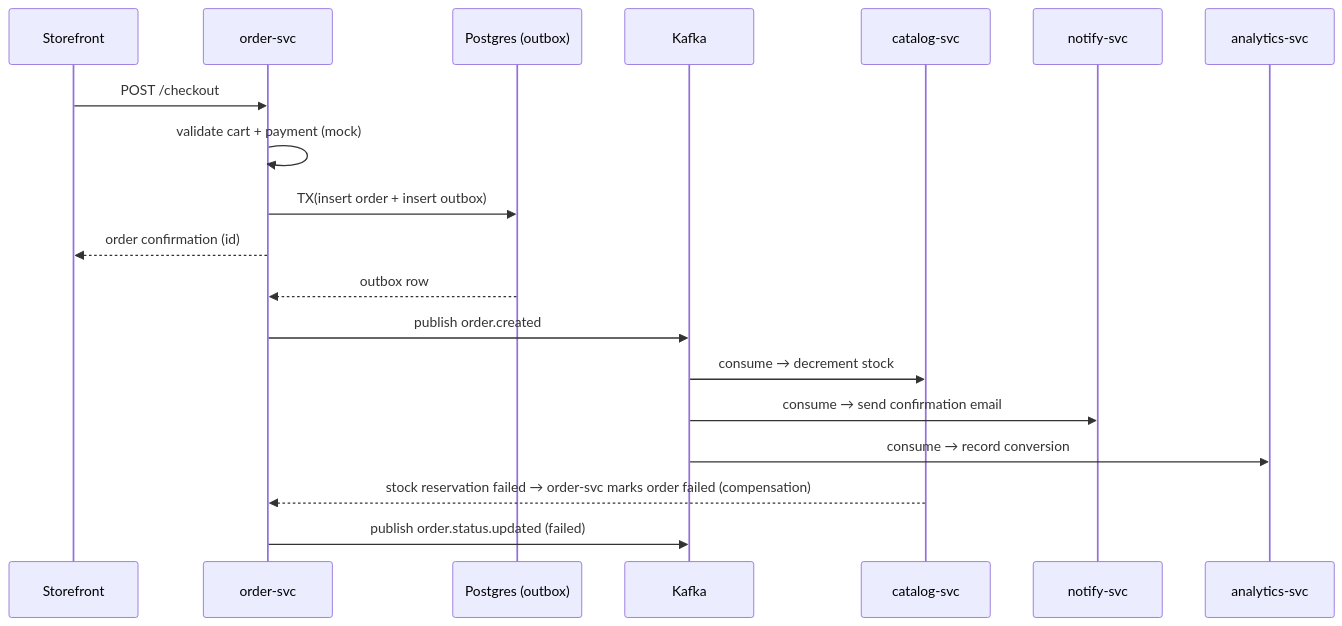
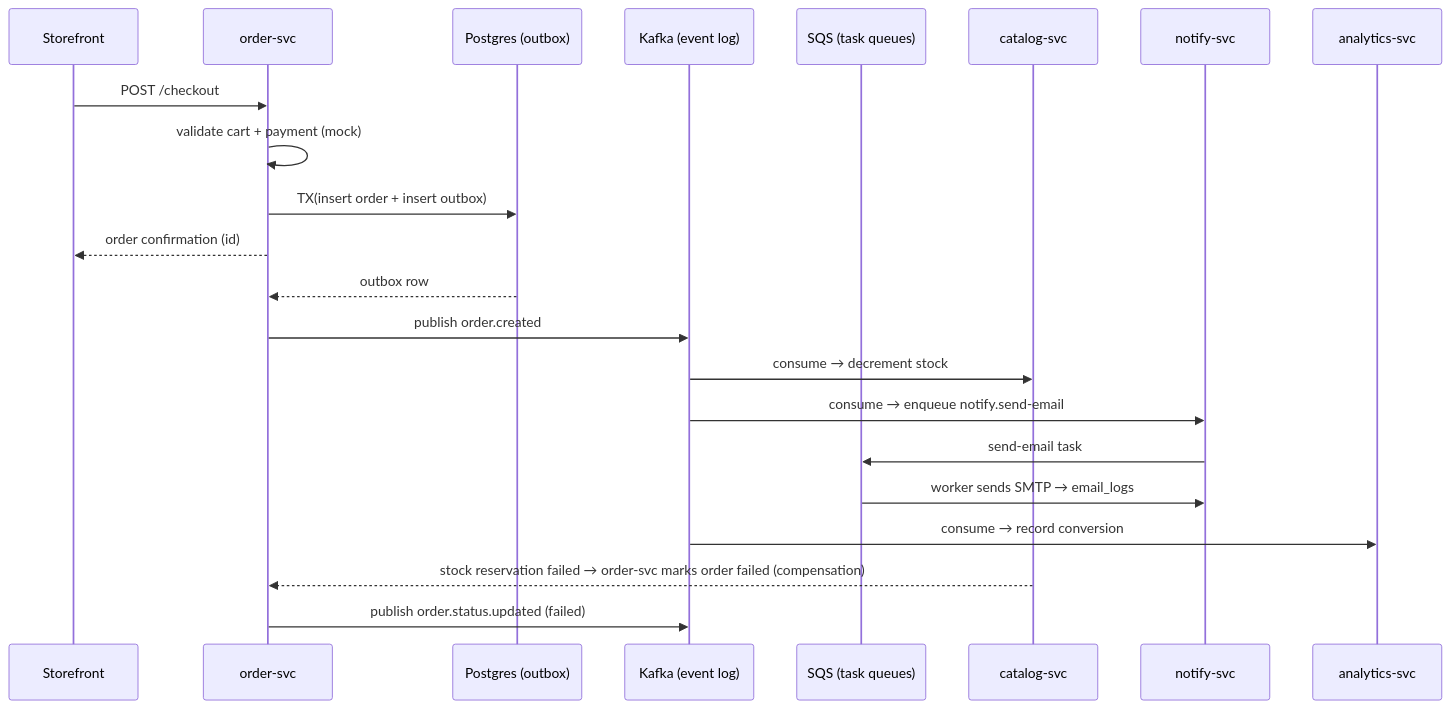
One commit to E-Commerce-BDA/Documentation changed the fifth of 9 diagrams in 1.Architecture.md. Above: the diagram before and after it, drawn with Mermaid. The commit also changed other lines of this file and 12 other files, not shown here.

````diff
--- a/1.Architecture.md
+++ b/1.Architecture.md
@@ -566,22 +570,25 @@
 ```mermaid
 sequenceDiagram
     participant SF as Storefront
     participant OR as order-svc
     participant DB as Postgres (outbox)
-    participant K as Kafka
+    participant K as Kafka (event log)
+    participant Q as SQS (task queues)
     participant CA as catalog-svc
     participant NT as notify-svc
     participant AN as analytics-svc
 
     SF->>OR: POST /checkout
     OR->>OR: validate cart + payment (mock)
     OR->>DB: TX(insert order + insert outbox)
     OR-->>SF: order confirmation (id)
     DB-->>OR: outbox row
     OR->>K: publish order.created
     K->>CA: consume → decrement stock
-    K->>NT: consume → send confirmation email
+    K->>NT: consume → enqueue notify.send-email
+    NT->>Q: send-email task
+    Q->>NT: worker sends SMTP → email_logs
     K->>AN: consume → record conversion
     CA-->>OR: stock reservation failed → order-svc marks order failed (compensation)
     OR->>K: publish order.status.updated (failed)
 ```
````
